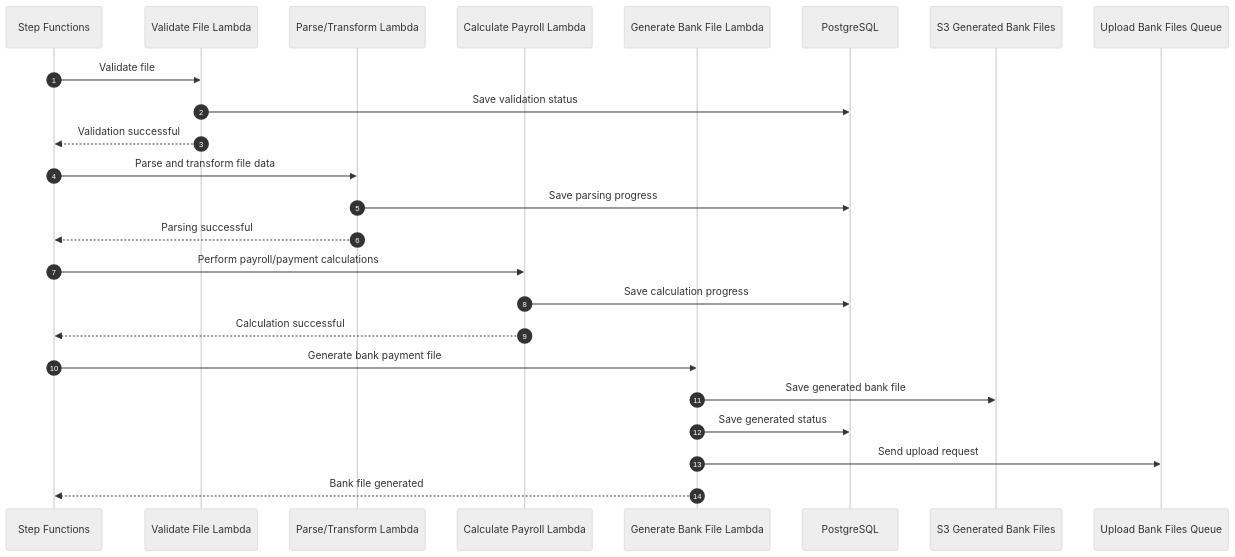
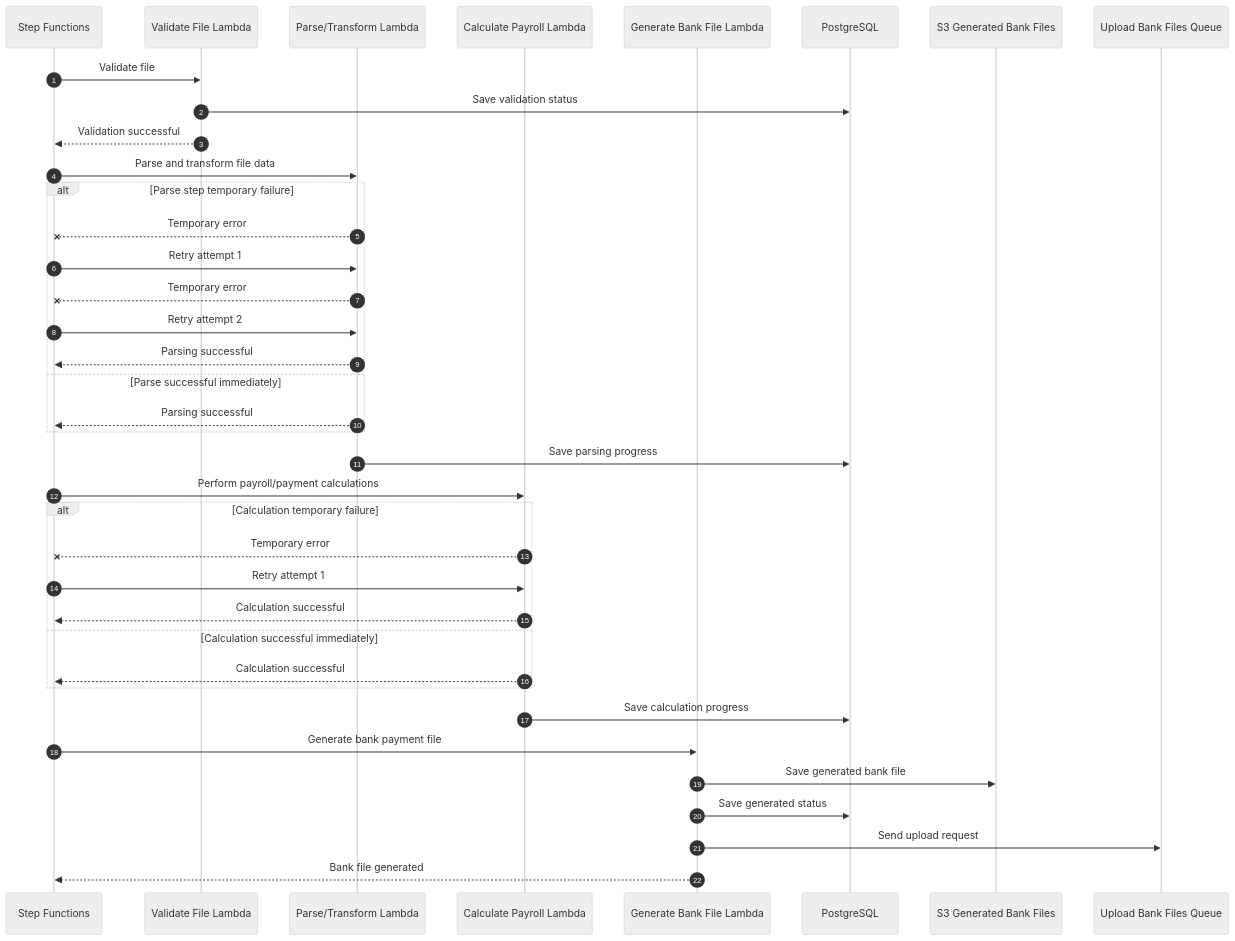
One commit to EmmanDizon/architect-payroll-system changed the second of 5 diagrams in README.md. Above: the diagram before and after it, drawn with Mermaid (neutral theme).

Commit message:
update readme step 2 seq diagram

````diff
--- a/README.md
+++ b/README.md
@@ -305,30 +305,48 @@
 ```mermaid
 sequenceDiagram
     autonumber
     participant SFN as Step Functions
     participant Validate as Validate File Lambda
     participant Parse as Parse/Transform Lambda
     participant Calculate as Calculate Payroll Lambda
     participant Generate as Generate Bank File Lambda
     participant DB as PostgreSQL
     participant S3Out as S3 Generated Bank Files
     participant UploadQ as Upload Bank Files Queue
 
     SFN->>Validate: Validate file
     Validate->>DB: Save validation status
     Validate-->>SFN: Validation successful
 
     SFN->>Parse: Parse and transform file data
+
+    alt Parse step temporary failure
+        Parse--xSFN: Temporary error
+        SFN->>Parse: Retry attempt 1
+        Parse--xSFN: Temporary error
+        SFN->>Parse: Retry attempt 2
+        Parse-->>SFN: Parsing successful
+    else Parse successful immediately
+        Parse-->>SFN: Parsing successful
+    end
+
     Parse->>DB: Save parsing progress
-    Parse-->>SFN: Parsing successful
 
     SFN->>Calculate: Perform payroll/payment calculations
+
+    alt Calculation temporary failure
+        Calculate--xSFN: Temporary error
+        SFN->>Calculate: Retry attempt 1
+        Calculate-->>SFN: Calculation successful
+    else Calculation successful immediately
+        Calculate-->>SFN: Calculation successful
+    end
+
     Calculate->>DB: Save calculation progress
-    Calculate-->>SFN: Calculation successful
 
     SFN->>Generate: Generate bank payment file
     Generate->>S3Out: Save generated bank file
     Generate->>DB: Save generated status
     Generate->>UploadQ: Send upload request
     Generate-->>SFN: Bank file generated
 ```
````
